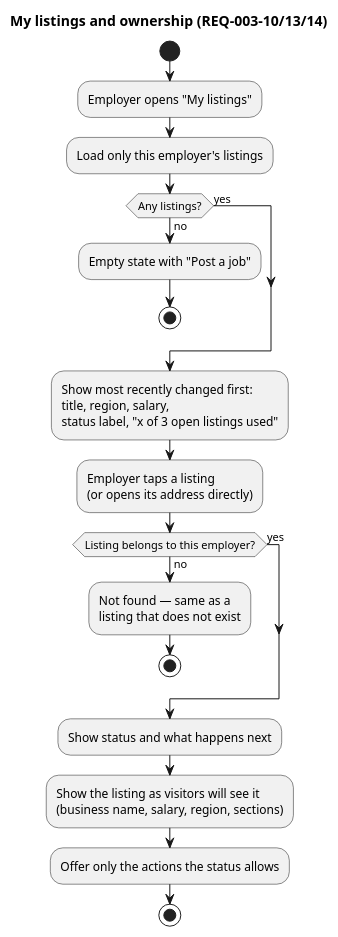
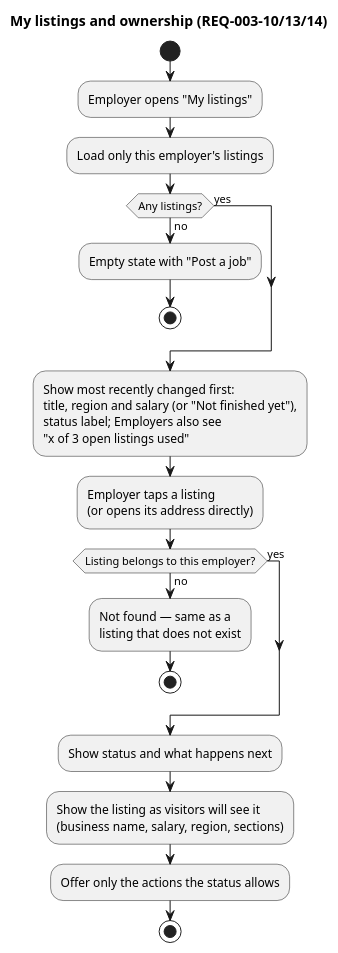
Before and after one commit to raseniero/jairojobs-elixir: the diagram in docs/specs/003-listings-employer-posting/diagrams/activity-my-listings.puml, drawn with PlantUML. The commit also changed 21 other files, not shown here.

Commit message:
docs: consistency pass after spec 003 review (specs 000 and 003, architecture, constitution examples)

```diff
--- a/docs/specs/003-listings-employer-posting/diagrams/activity-my-listings.puml
+++ b/docs/specs/003-listings-employer-posting/diagrams/activity-my-listings.puml
@@ -1,29 +1,30 @@
 @startuml activity-my-listings
 ' Spec 003 — the employer's own list, the owner view, and ownership (REQ-003-10, -13, -14)
 title My listings and ownership (REQ-003-10/13/14)
 
 start
 :Employer opens "My listings";
 :Load only this employer's listings;
 if (Any listings?) then (no)
   :Empty state with "Post a job";
   stop
 else (yes)
 endif
 :Show most recently changed first:
-title, region, salary,
-status label, "x of 3 open listings used";
+title, region and salary (or "Not finished yet"),
+status label; Employers also see
+"x of 3 open listings used";
 :Employer taps a listing
 (or opens its address directly);
 if (Listing belongs to this employer?) then (no)
   :Not found — same as a
   listing that does not exist;
   stop
 else (yes)
 endif
 :Show status and what happens next;
 :Show the listing as visitors will see it
 (business name, salary, region, sections);
 :Offer only the actions the status allows;
 stop
 @enduml
```
